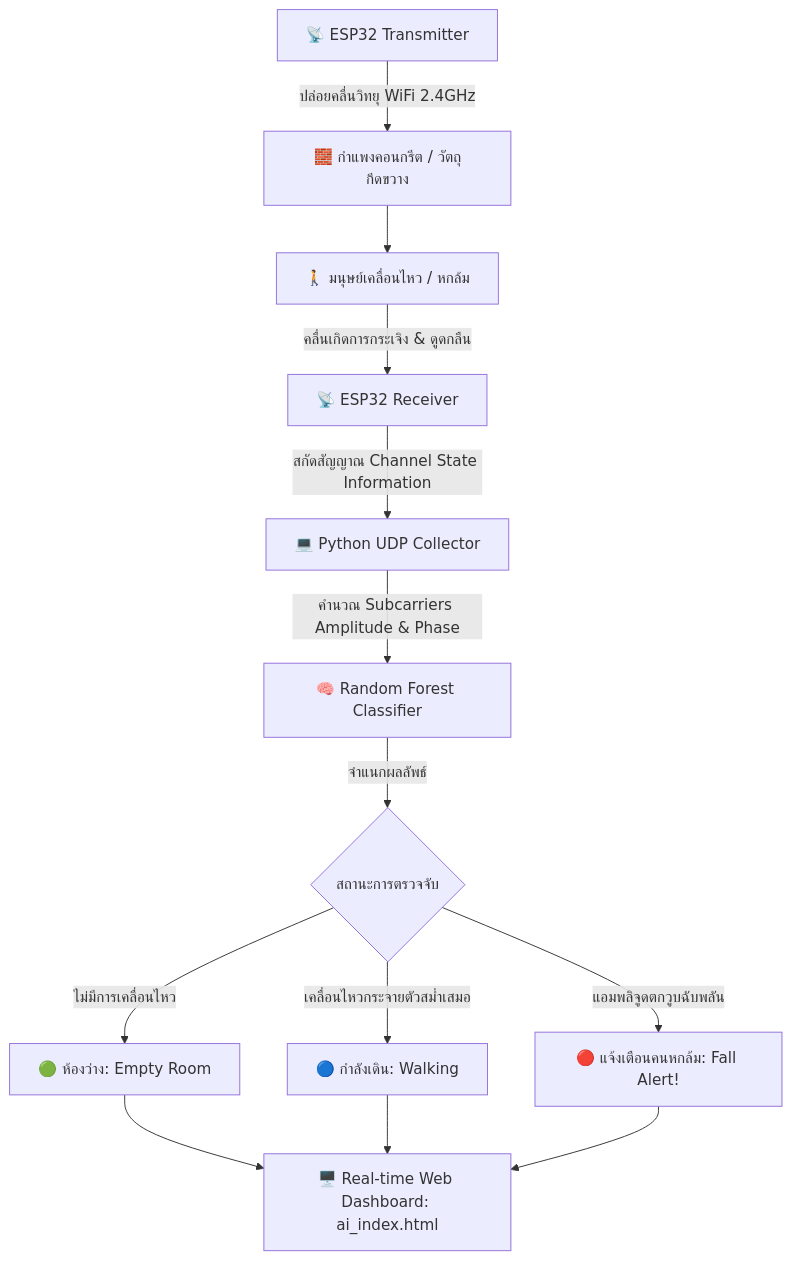
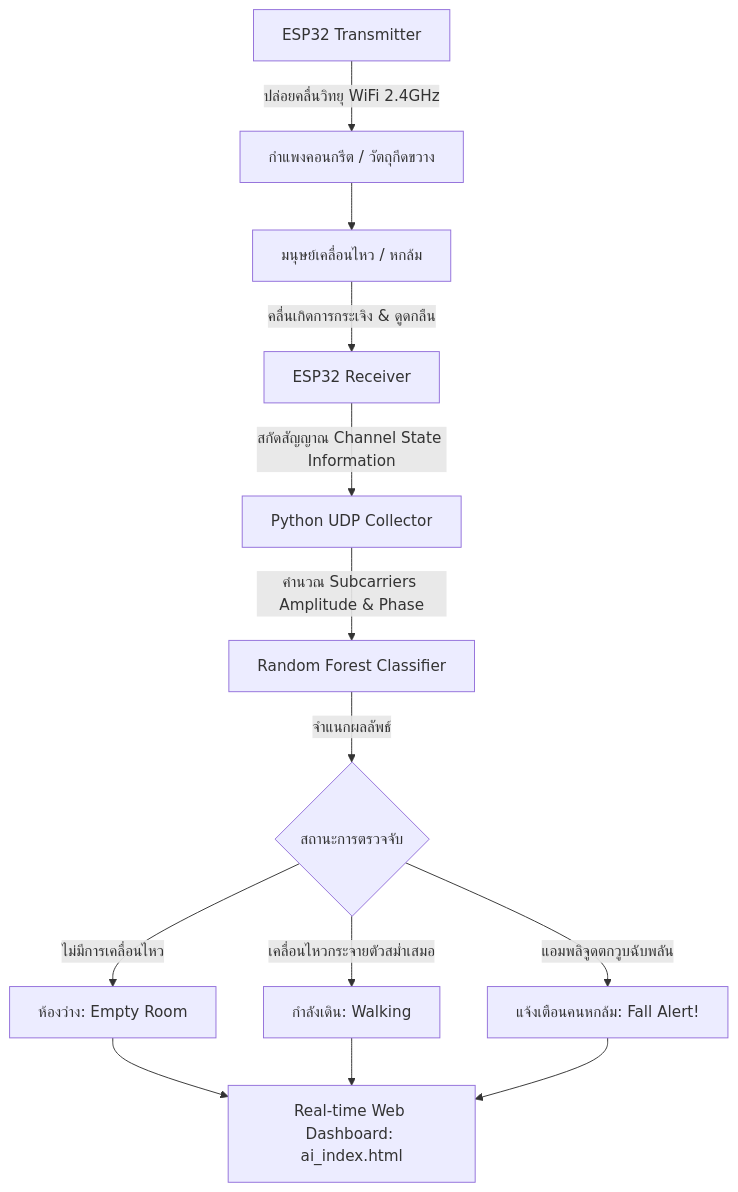
One commit to FANG9356/MyProject changed the first of 9 diagrams in README.md. Above: the diagram before and after it, drawn with Mermaid. The commit also changed other lines of this file and 47 other files, not shown here.

````diff
--- a/README.md
+++ b/README.md
@@ -54,13 +54,13 @@
 ```mermaid
 flowchart TD
-    A[📡 ESP32 Transmitter] -->|ปล่อยคลื่นวิทยุ WiFi 2.4GHz| B[🧱 กำแพงคอนกรีต / วัตถุกีดขวาง]
-    B --> C[🚶 มนุษย์เคลื่อนไหว / หกล้ม]
-    C -->|คลื่นเกิดการกระเจิง & ดูดกลืน| D[📡 ESP32 Receiver]
-    D -->|สกัดสัญญาณ Channel State Information| E[💻 Python UDP Collector]
-    E -->|คำนวณ Subcarriers Amplitude & Phase| F[🧠 Random Forest Classifier]
-    F -->|จำแนกผลลัพธ์| G{สถานะการตรวจจับ}
-    G -->|ไม่มีการเคลื่อนไหว| H[🟢 ห้องว่าง: Empty Room]
-    G -->|เคลื่อนไหวกระจายตัวสม่ำเสมอ| I[🔵 กำลังเดิน: Walking]
-    G -->|แอมพลิจูดตกวูบฉับพลัน| J[🔴 แจ้งเตือนคนหกล้ม: Fall Alert!]
-    H & I & J --> K[🖥️ Real-time Web Dashboard: ai_index.html]
+ A[ESP32 Transmitter] -->|ปล่อยคลื่นวิทยุ WiFi 2.4GHz| B[กำแพงคอนกรีต / วัตถุกีดขวาง]
+ B --> C[มนุษย์เคลื่อนไหว / หกล้ม]
+ C -->|คลื่นเกิดการกระเจิง & ดูดกลืน| D[ESP32 Receiver]
+ D -->|สกัดสัญญาณ Channel State Information| E[Python UDP Collector]
+ E -->|คำนวณ Subcarriers Amplitude & Phase| F[Random Forest Classifier]
+ F -->|จำแนกผลลัพธ์| G{สถานะการตรวจจับ}
+ G -->|ไม่มีการเคลื่อนไหว| H[ห้องว่าง: Empty Room]
+ G -->|เคลื่อนไหวกระจายตัวสม่ำเสมอ| I[กำลังเดิน: Walking]
+ G -->|แอมพลิจูดตกวูบฉับพลัน| J[แจ้งเตือนคนหกล้ม: Fall Alert!]
+ H & I & J --> K[Real-time Web Dashboard: ai_index.html]
 ```
````
